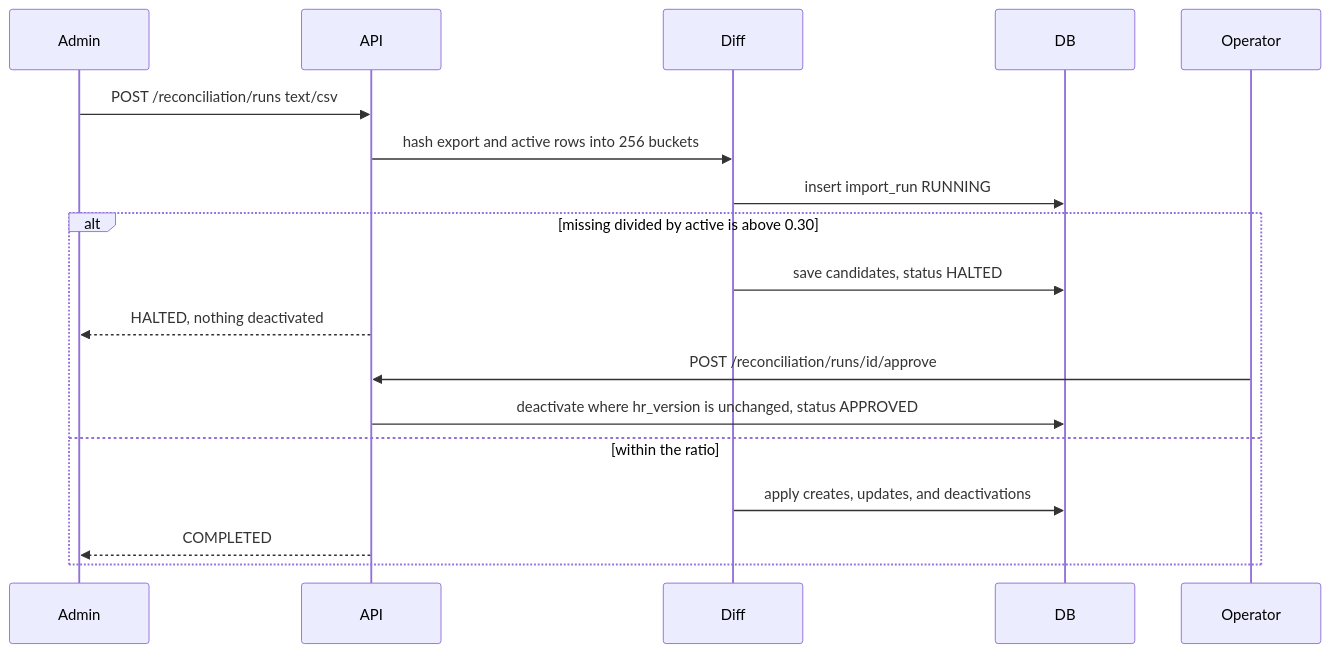
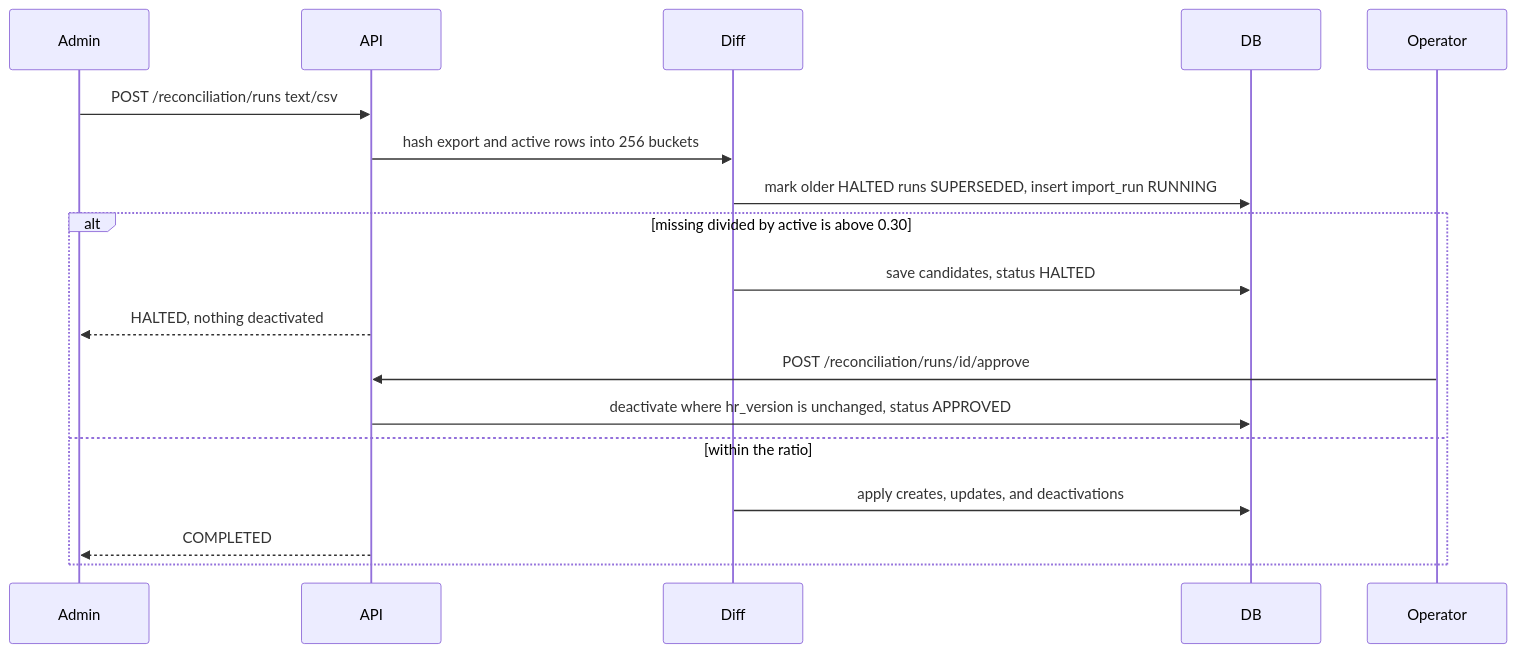
Before and after one commit to rishitbajaj/hr-sync: the third of 3 diagrams in docs/DESIGN.md, drawn with Mermaid. The commit also changed other lines of this file and 5 other files, not shown here.

First line of the commit message:
fix: supersede an older halted reconciliation when a new run starts

````diff
--- a/docs/DESIGN.md
+++ b/docs/DESIGN.md
@@ -47,20 +47,20 @@
 ```mermaid
 sequenceDiagram
   participant Admin
   participant API
   participant Diff
   participant DB
   participant Operator
   Admin->>API: POST /reconciliation/runs text/csv
   API->>Diff: hash export and active rows into 256 buckets
-  Diff->>DB: insert import_run RUNNING
+  Diff->>DB: mark older HALTED runs SUPERSEDED, insert import_run RUNNING
   alt missing divided by active is above 0.30
     Diff->>DB: save candidates, status HALTED
     API-->>Admin: HALTED, nothing deactivated
     Operator->>API: POST /reconciliation/runs/id/approve
     API->>DB: deactivate where hr_version is unchanged, status APPROVED
   else within the ratio
     Diff->>DB: apply creates, updates, and deactivations
     API-->>Admin: COMPLETED
   end
 ```
````
